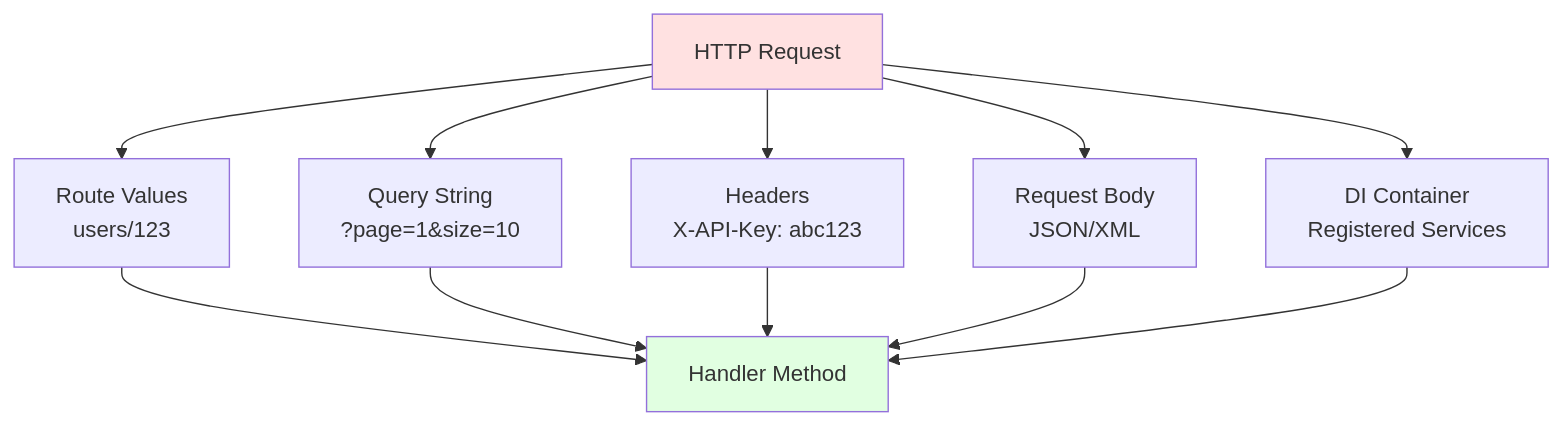
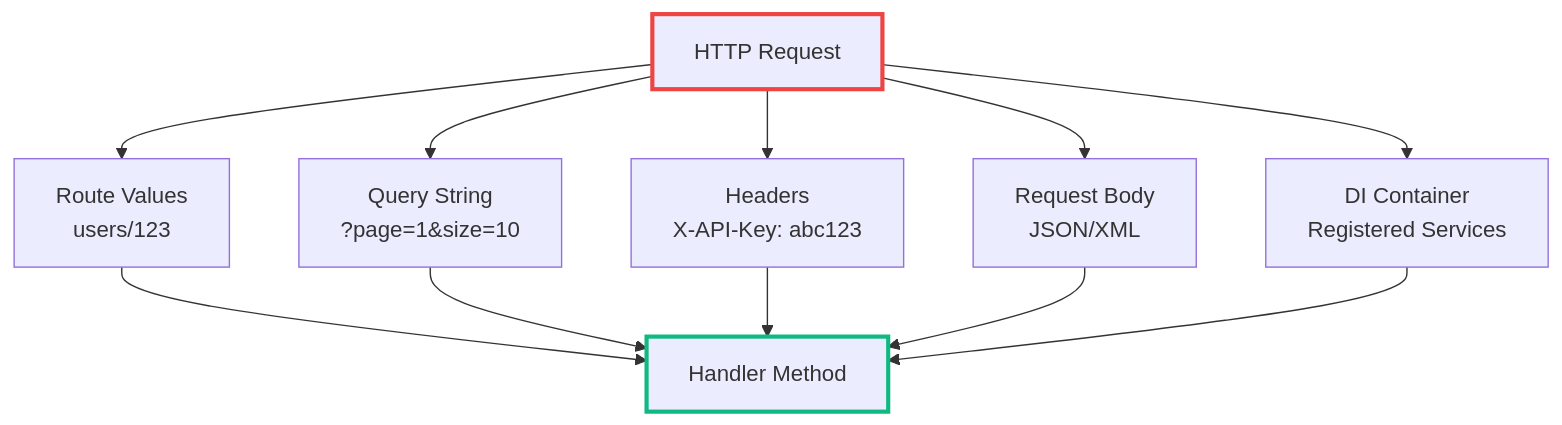
One commit to Shaddix/mostlylucidweb changed the third of 8 diagrams in Mostlylucid/Markdown/ASPNET-PIPELINE-PART5-APPLICATION-MODELS.md. Above: the diagram before and after it, drawn with Mermaid. The commit also changed other lines of this file and 11 other files, not shown here.

First line of the commit message:
update: replace background fills with stroke styling in Mermaid diagrams

````diff
--- a/Mostlylucid/Markdown/ASPNET-PIPELINE-PART5-APPLICATION-MODELS.md
+++ b/Mostlylucid/Markdown/ASPNET-PIPELINE-PART5-APPLICATION-MODELS.md
@@ -172,17 +172,17 @@
 ```mermaid
 graph TD
     Request[HTTP Request] --> Route[Route Values<br/>users/123]
     Request --> Query[Query String<br/>?page=1&size=10]
     Request --> Headers[Headers<br/>X-API-Key: abc123]
     Request --> Body[Request Body<br/>JSON/XML]
     Request --> Services[DI Container<br/>Registered Services]
 
     Route --> Handler[Handler Method]
     Query --> Handler
     Headers --> Handler
     Body --> Handler
     Services --> Handler
 
-    style Request fill:#ffe1e1
-    style Handler fill:#e1ffe1
+    style Request stroke:#ef4444,stroke-width:3px
+    style Handler stroke:#10b981,stroke-width:3px
 ```
````
